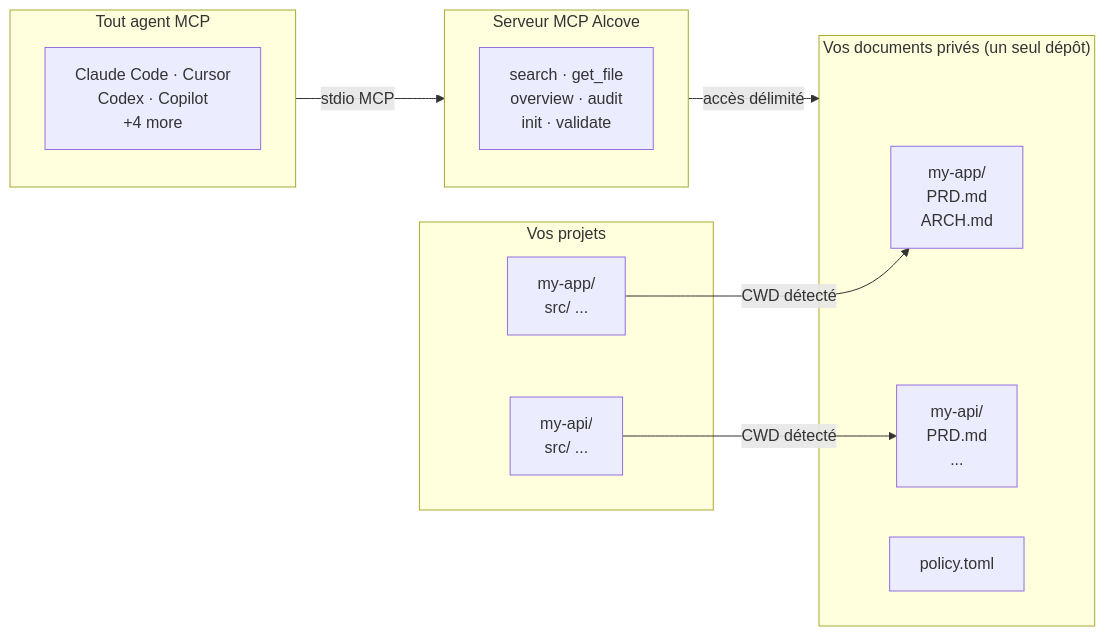
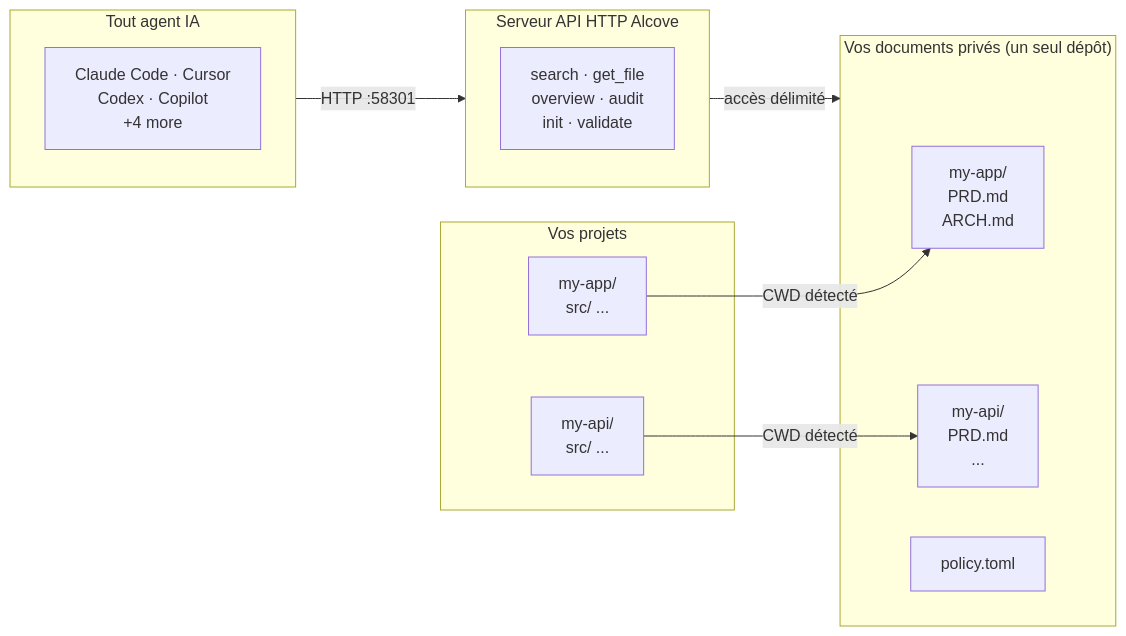
One commit to epicsagas/alcove changed the diagram in docs/README.fr.md. Above: the diagram before and after it, drawn with Mermaid. The commit also changed other lines of this file and 11 other files, not shown here.

Commit message:
fix(skill): rename MCP section to API Proxy

````diff
--- a/docs/README.fr.md
+++ b/docs/README.fr.md
@@ -286,26 +288,26 @@
 ```mermaid
 flowchart LR
     subgraph Projects["Vos projets"]
         A1["my-app/\n  src/ ..."]
         A2["my-api/\n  src/ ..."]
     end
 
     subgraph Docs["Vos documents privés (un seul dépôt)"]
         D1["my-app/\n  PRD.md\n  ARCH.md"]
         D2["my-api/\n  PRD.md\n  ..."]
         P1["policy.toml"]
     end
 
-    subgraph Agents["Tout agent MCP"]
+    subgraph Agents["Tout agent IA"]
         AG["Claude Code · Cursor\nCodex · Copilot\n+4 more"]
     end
 
-    subgraph MCP["Serveur MCP Alcove"]
+    subgraph API["Serveur API HTTP Alcove"]
         T["search · get_file\noverview · audit\ninit · validate"]
     end
 
     A1 -- "CWD détecté" --> D1
     A2 -- "CWD détecté" --> D2
-    Agents -- "stdio MCP" --> MCP
-    MCP -- "accès délimité" --> Docs
+    Agents -- "HTTP :58301" --> API
+    API -- "accès délimité" --> Docs
 ```
````
